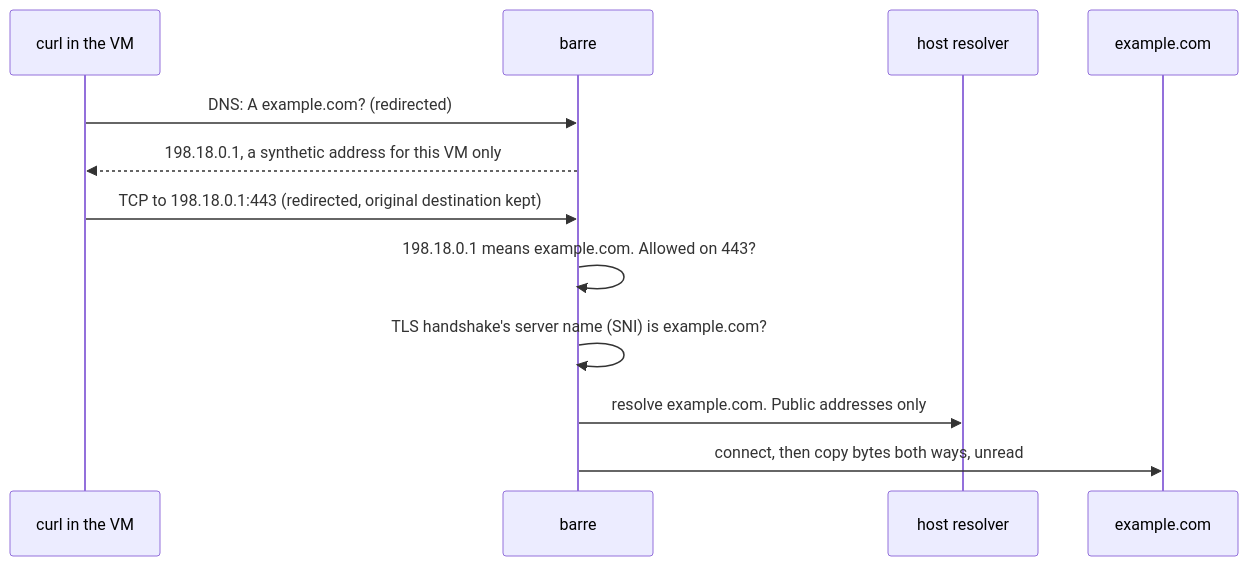
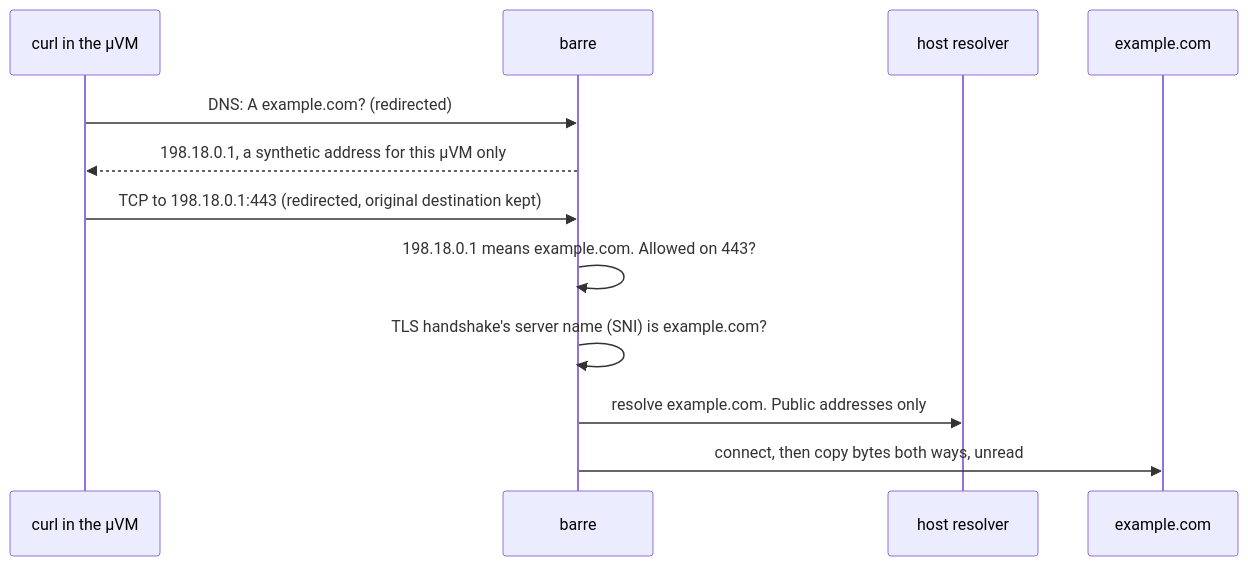
One commit to carloswestman/machinesdancing changed the fourth of 4 diagrams in docs/talks/2026-11-machinesdancing/slides.md. Above: the diagram before and after it, drawn with Mermaid. The commit also changed other lines of this file, not shown here.

````diff
--- a/docs/talks/2026-11-machinesdancing/slides.md
+++ b/docs/talks/2026-11-machinesdancing/slides.md
@@ -417,14 +423,14 @@
 ```mermaid {scale: 0.52}
 sequenceDiagram
-  participant C as curl in the VM
+  participant C as curl in the µVM
   participant B as barre
   participant R as host resolver
   participant S as example.com
   C->>B: DNS: A example.com? (redirected)
-  B-->>C: 198.18.0.1, a synthetic address for this VM only
+  B-->>C: 198.18.0.1, a synthetic address for this µVM only
   C->>B: TCP to 198.18.0.1:443 (redirected, original destination kept)
   B->>B: 198.18.0.1 means example.com. Allowed on 443?
   B->>B: TLS handshake's server name (SNI) is example.com?
   B->>R: resolve example.com. Public addresses only
   B->>S: connect, then copy bytes both ways, unread
 ```
````
